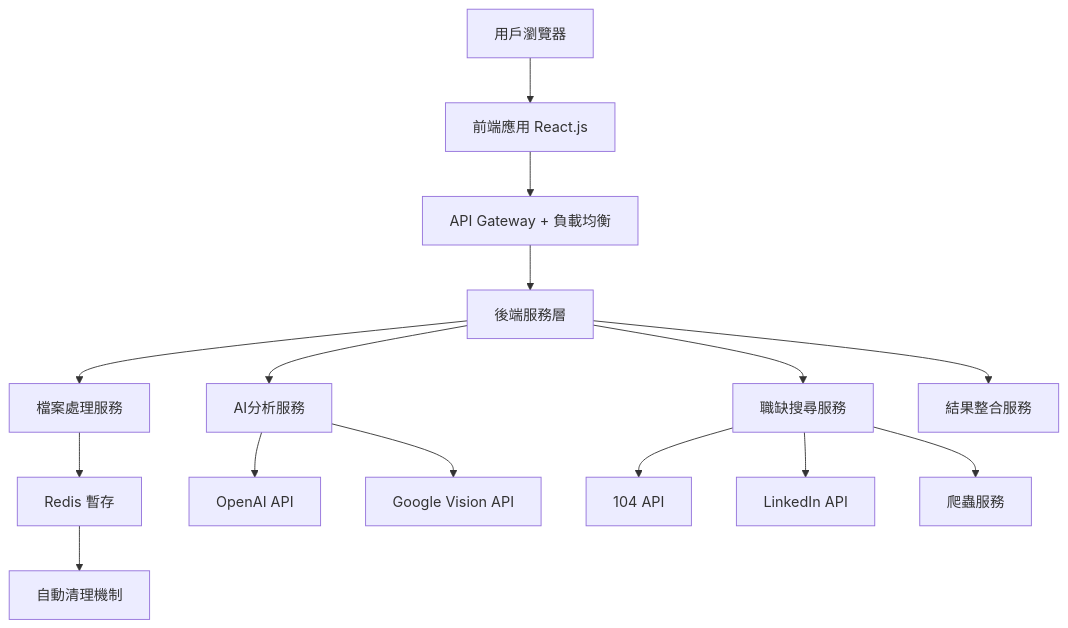
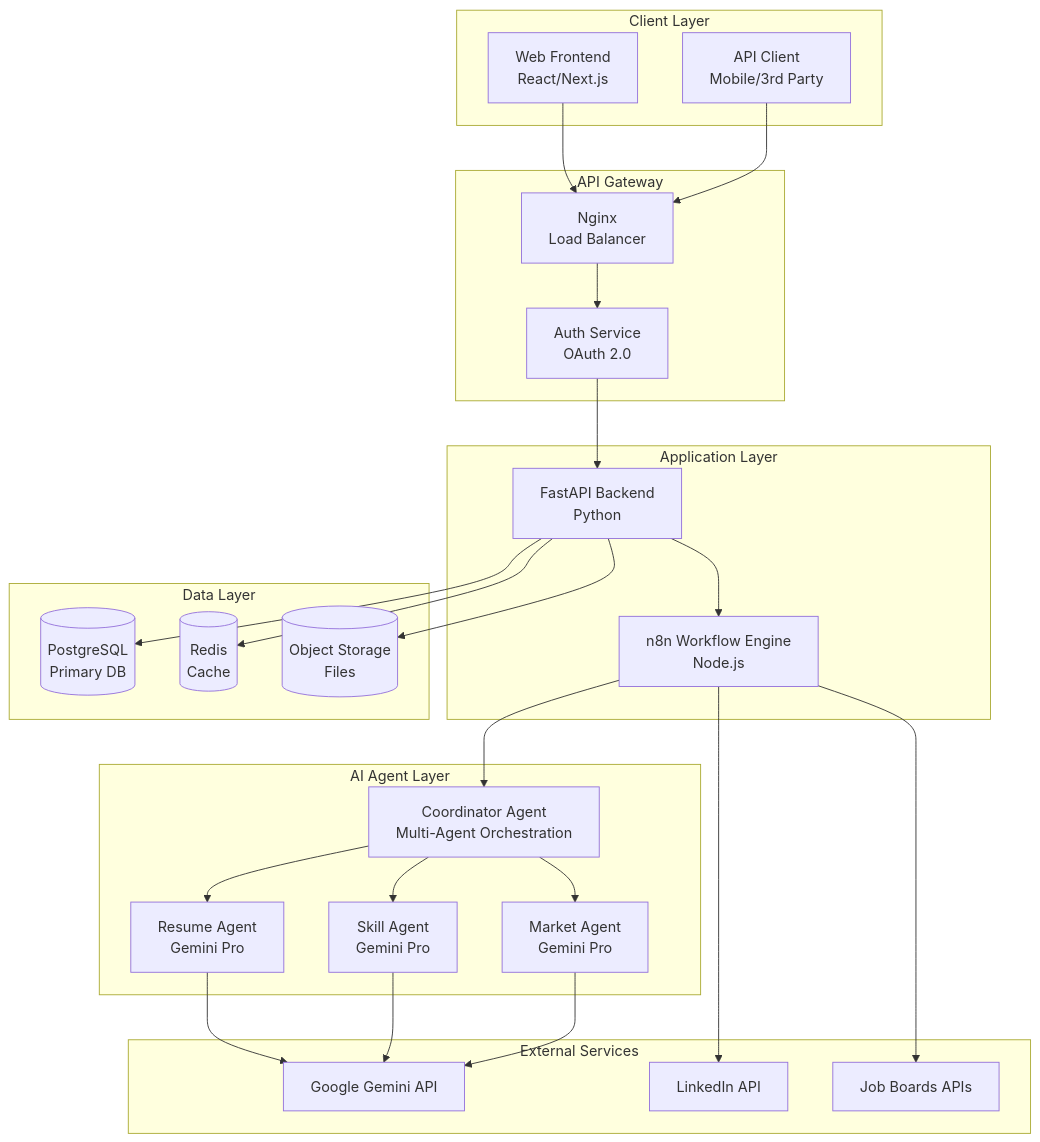
One commit to minxinchen/AI-Career-Assistant changed the first of 5 diagrams in docs/Architecture.md. Above: the diagram before and after it, drawn with Mermaid. The commit also changed other lines of this file and 14 other files, not shown here.

````diff
--- a/docs/Architecture.md
+++ b/docs/Architecture.md
@@ -7,20 +8,54 @@
 ```mermaid
 graph TB
-    A[用戶瀏覽器] --> B[前端應用 React.js]
-    B --> C[API Gateway + 負載均衡]
-    C --> D[後端服務層]
-    
-    D --> E[檔案處理服務]
-    D --> F[AI分析服務]
-    D --> G[職缺搜尋服務]
-    D --> H[結果整合服務]
-    
-    E --> I[Redis 暫存]
-    F --> J[OpenAI API]
-    F --> K[Google Vision API]
-    G --> L[104 API]
-    G --> M[LinkedIn API]
-    G --> N[爬蟲服務]
-    
-    I --> O[自動清理機制]
+    subgraph "Client Layer"
+        WEB[Web Frontend<br/>React/Next.js]
+        API_CLIENT[API Client<br/>Mobile/3rd Party]
+    end
+
+    subgraph "API Gateway"
+        NGINX[Nginx<br/>Load Balancer]
+        AUTH[Auth Service<br/>OAuth 2.0]
+    end
+
+    subgraph "Application Layer"
+        FASTAPI[FastAPI Backend<br/>Python]
+        N8N[n8n Workflow Engine<br/>Node.js]
+    end
+
+    subgraph "AI Agent Layer"
+        AGENT_RESUME[Resume Agent<br/>Gemini Pro]
+        AGENT_SKILL[Skill Agent<br/>Gemini Pro]
+        AGENT_MARKET[Market Agent<br/>Gemini Pro]
+        AGENT_COORD[Coordinator Agent<br/>Multi-Agent Orchestration]
+    end
+
+    subgraph "Data Layer"
+        POSTGRES[(PostgreSQL<br/>Primary DB)]
+        REDIS[(Redis<br/>Cache)]
+        S3[(Object Storage<br/>Files)]
+    end
+
+    subgraph "External Services"
+        GEMINI[Google Gemini API]
+        LINKEDIN[LinkedIn API]
+        JOB_BOARDS[Job Boards APIs]
+    end
+
+    WEB --> NGINX
+    API_CLIENT --> NGINX
+    NGINX --> AUTH
+    AUTH --> FASTAPI
+    FASTAPI --> N8N
+    N8N --> AGENT_COORD
+    AGENT_COORD --> AGENT_RESUME
+    AGENT_COORD --> AGENT_SKILL
+    AGENT_COORD --> AGENT_MARKET
+    AGENT_RESUME --> GEMINI
+    AGENT_SKILL --> GEMINI
+    AGENT_MARKET --> GEMINI
+    FASTAPI --> POSTGRES
+    FASTAPI --> REDIS
+    FASTAPI --> S3
+    N8N --> LINKEDIN
+    N8N --> JOB_BOARDS
 ```
````
